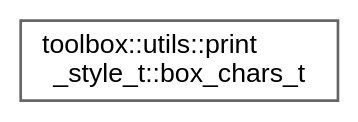
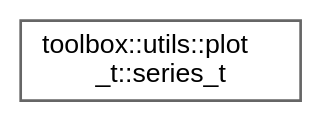
One commit to nerdneilsfield/cpp-toolbox changed the diagram in inherit_graph_92.dot. Above: the diagram before and after it, drawn with Graphviz. The commit also changed 158 other files, not shown here.

```diff
--- a/inherit_graph_92.dot
+++ b/inherit_graph_92.dot
@@ -1,9 +1,9 @@
 digraph "Graphical Class Hierarchy"
 {
  // LATEX_PDF_SIZE
   bgcolor="transparent";
   edge [fontname=Helvetica,fontsize=10,labelfontname=Helvetica,labelfontsize=10];
   node [fontname=Helvetica,fontsize=10,shape=box,height=0.2,width=0.4];
   rankdir="LR";
-  Node0 [id="Node000000",label="toolbox::utils::print\l_style_t::box_chars_t",height=0.2,width=0.4,color="grey40", fillcolor="white", style="filled",URL="$structtoolbox_1_1utils_1_1print__style__t_1_1box__chars__t.html",tooltip=" "];
+  Node0 [id="Node000000",label="toolbox::utils::plot\l_t::series_t",height=0.2,width=0.4,color="grey40", fillcolor="white", style="filled",URL="$structtoolbox_1_1utils_1_1plot__t_1_1series__t.html",tooltip=" "];
 }
```
